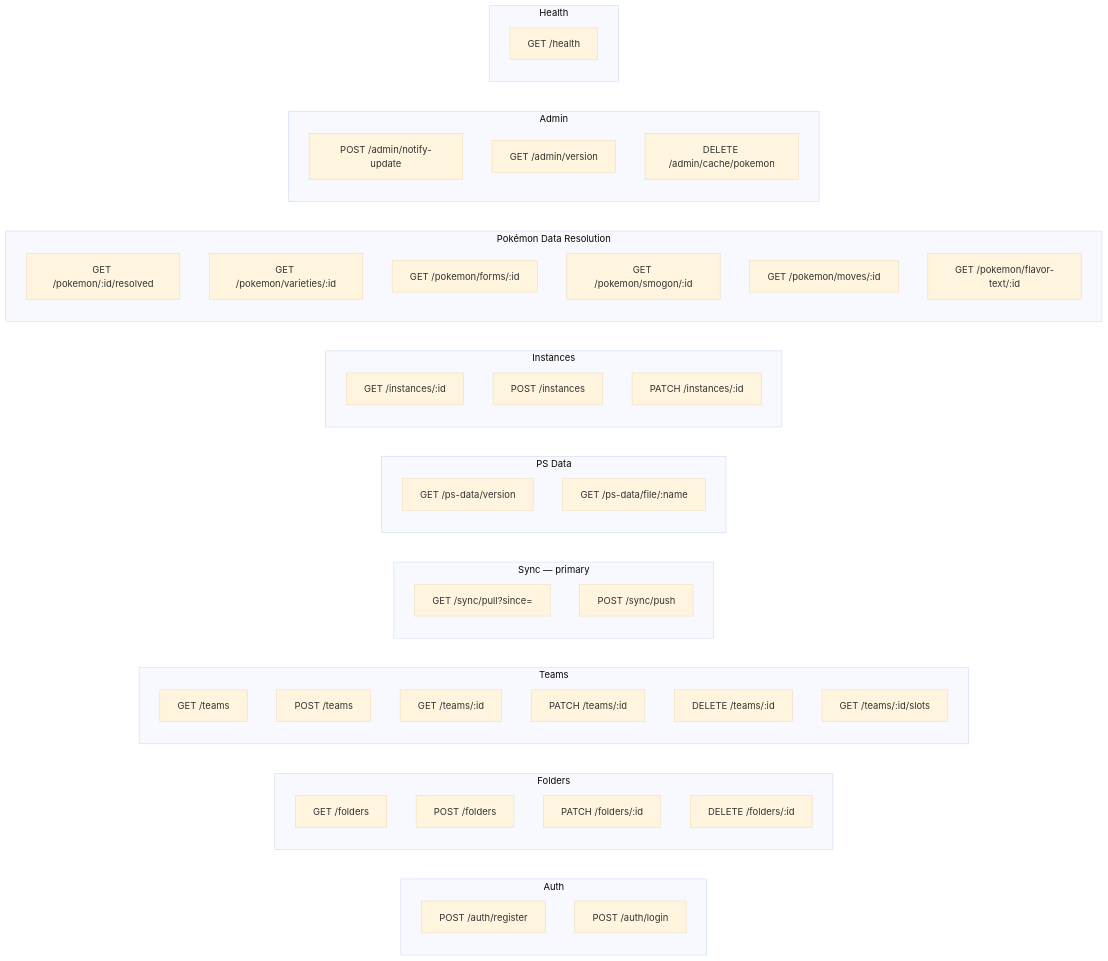
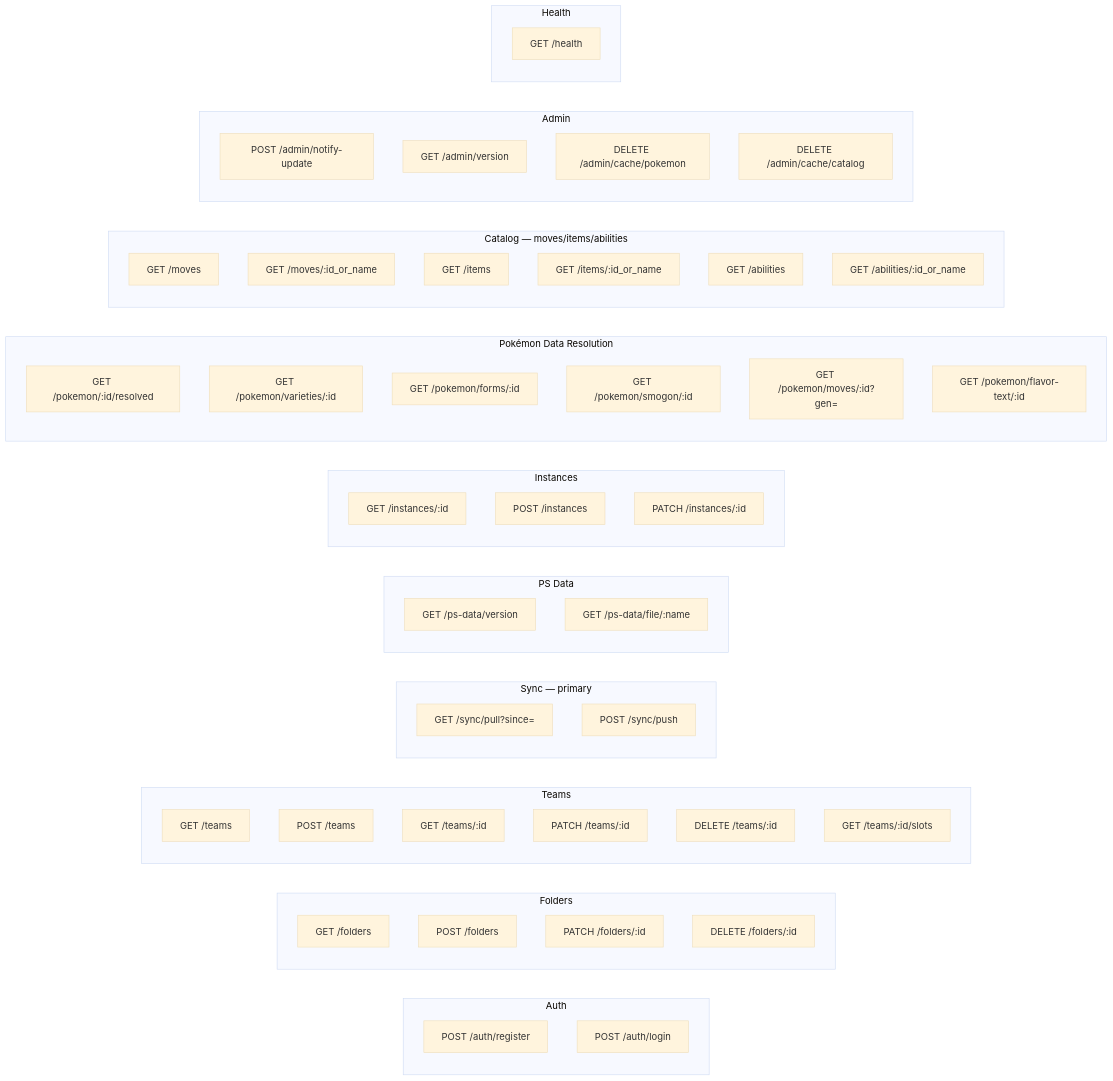
One commit to KwasiAsante/PokeTeamDex changed the sixth of 14 diagrams in README.md. Above: the diagram before and after it, drawn with Mermaid (base theme). The commit also changed other lines of this file and 10 other files, not shown here.

````diff
--- a/README.md
+++ b/README.md
@@ -443,58 +447,68 @@
 ```mermaid
 graph LR
     subgraph Auth
         A1["POST /auth/register"]
         A2["POST /auth/login"]
     end
 
     subgraph Folders
         F1["GET /folders"]
         F2["POST /folders"]
         F3["PATCH /folders/:id"]
         F4["DELETE /folders/:id"]
     end
 
     subgraph Teams
         T1["GET /teams"]
         T2["POST /teams"]
         T3["GET /teams/:id"]
         T4["PATCH /teams/:id"]
         T5["DELETE /teams/:id"]
         T6["GET /teams/:id/slots"]
     end
 
     subgraph Sync["Sync — primary"]
         S1["GET /sync/pull?since="]
         S2["POST /sync/push"]
     end
 
     subgraph PSData["PS Data"]
         P1["GET /ps-data/version"]
         P2["GET /ps-data/file/:name"]
     end
 
     subgraph Instances
         I1["GET /instances/:id"]
         I2["POST /instances"]
         I3["PATCH /instances/:id"]
     end
 
     subgraph Pokemon["Pokémon Data Resolution"]
         PR1["GET /pokemon/:id/resolved"]
         PR2["GET /pokemon/varieties/:id"]
         PR3["GET /pokemon/forms/:id"]
         PR4["GET /pokemon/smogon/:id"]
-        PR5["GET /pokemon/moves/:id"]
+        PR5["GET /pokemon/moves/:id?gen="]
         PR6["GET /pokemon/flavor-text/:id"]
+    end
+
+    subgraph Catalog["Catalog — moves/items/abilities"]
+        C1["GET /moves"]
+        C2["GET /moves/:id_or_name"]
+        C3["GET /items"]
+        C4["GET /items/:id_or_name"]
+        C5["GET /abilities"]
+        C6["GET /abilities/:id_or_name"]
     end
 
     subgraph Admin
         AD1["POST /admin/notify-update"]
         AD2["GET /admin/version"]
         AD3["DELETE /admin/cache/pokemon"]
+        AD4["DELETE /admin/cache/catalog"]
     end
 
     subgraph Health
         H1["GET /health"]
     end
 ```
````
